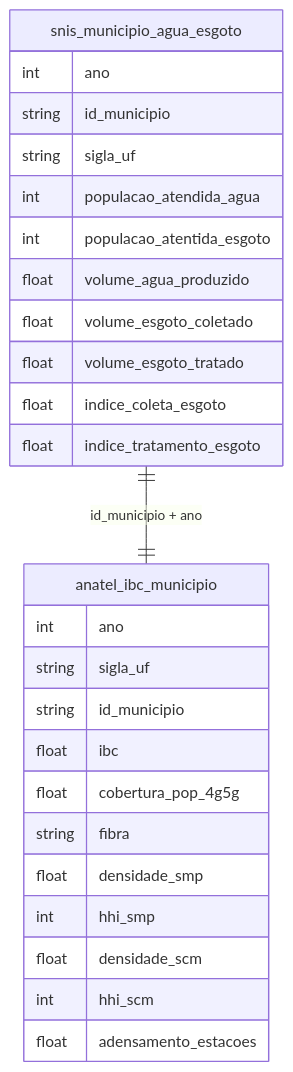
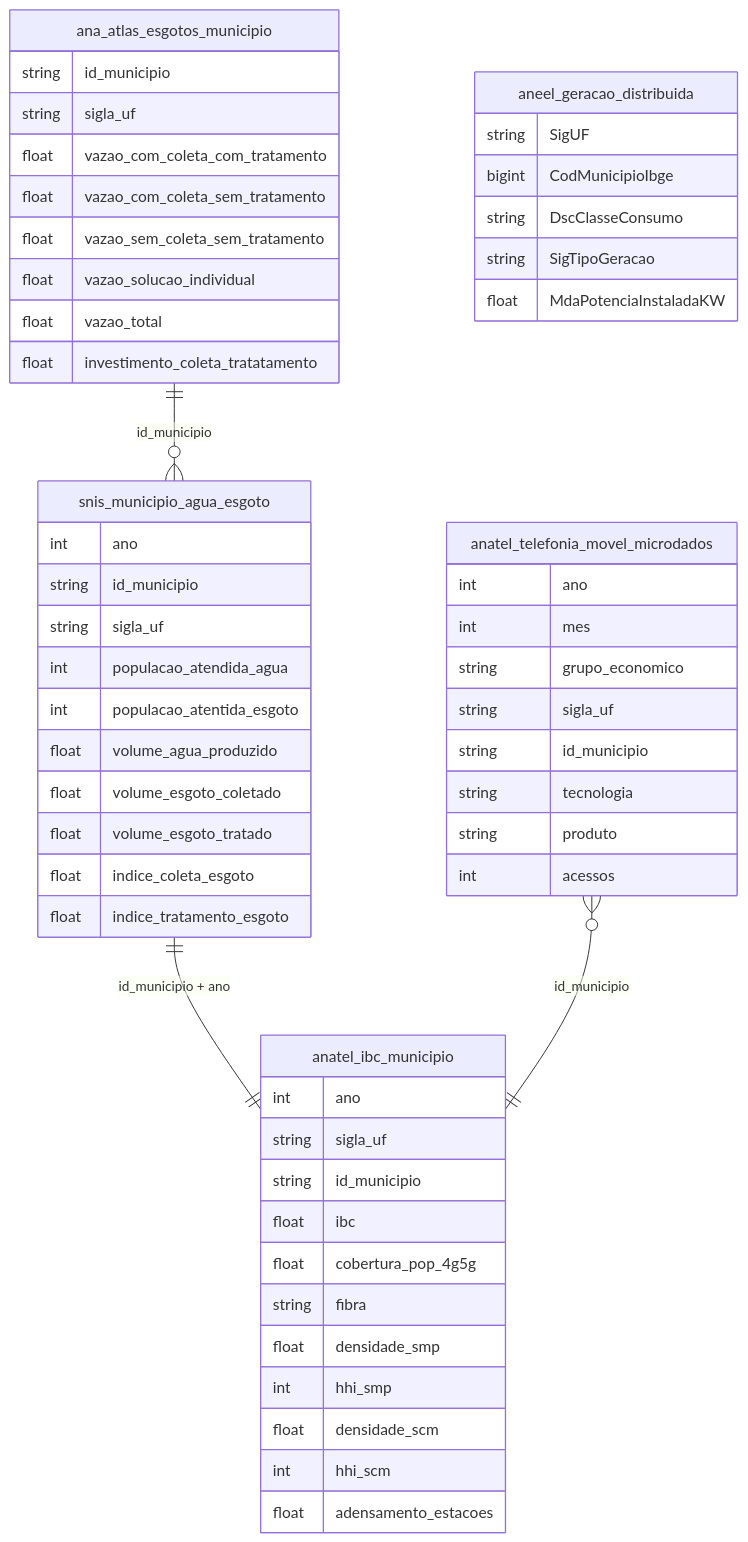
One commit to rafapolo/rodado changed the diagram in docs/mapa/overview/11_infraestrutura.md. Above: the diagram before and after it, drawn with Mermaid. The commit also changed other lines of this file and 135 other files, not shown here.

````diff
--- a/docs/mapa/overview/11_infraestrutura.md
+++ b/docs/mapa/overview/11_infraestrutura.md
@@ -2,29 +2,58 @@
 ```mermaid
 erDiagram
     snis_municipio_agua_esgoto {
         int ano
         string id_municipio
         string sigla_uf
         int populacao_atendida_agua
         int populacao_atentida_esgoto
         float volume_agua_produzido
         float volume_esgoto_coletado
         float volume_esgoto_tratado
         float indice_coleta_esgoto
         float indice_tratamento_esgoto
     }
     anatel_ibc_municipio {
         int ano
         string sigla_uf
         string id_municipio
         float ibc
         float cobertura_pop_4g5g
         string fibra
         float densidade_smp
         int hhi_smp
         float densidade_scm
         int hhi_scm
         float adensamento_estacoes
     }
+    ana_atlas_esgotos_municipio {
+        string id_municipio
+        string sigla_uf
+        float vazao_com_coleta_com_tratamento
+        float vazao_com_coleta_sem_tratamento
+        float vazao_sem_coleta_sem_tratamento
+        float vazao_solucao_individual
+        float vazao_total
+        float investimento_coleta_tratatamento
+    }
+    anatel_telefonia_movel_microdados {
+        int ano
+        int mes
+        string grupo_economico
+        string sigla_uf
+        string id_municipio
+        string tecnologia
+        string produto
+        int acessos
+    }
+    aneel_geracao_distribuida {
+        string SigUF
+        bigint CodMunicipioIbge
+        string DscClasseConsumo
+        string SigTipoGeracao
+        float MdaPotenciaInstaladaKW
+    }
     snis_municipio_agua_esgoto ||--|| anatel_ibc_municipio : "id_municipio + ano"
+    ana_atlas_esgotos_municipio ||--o{ snis_municipio_agua_esgoto : "id_municipio"
+    anatel_telefonia_movel_microdados }o--|| anatel_ibc_municipio : "id_municipio"
 ```
````
